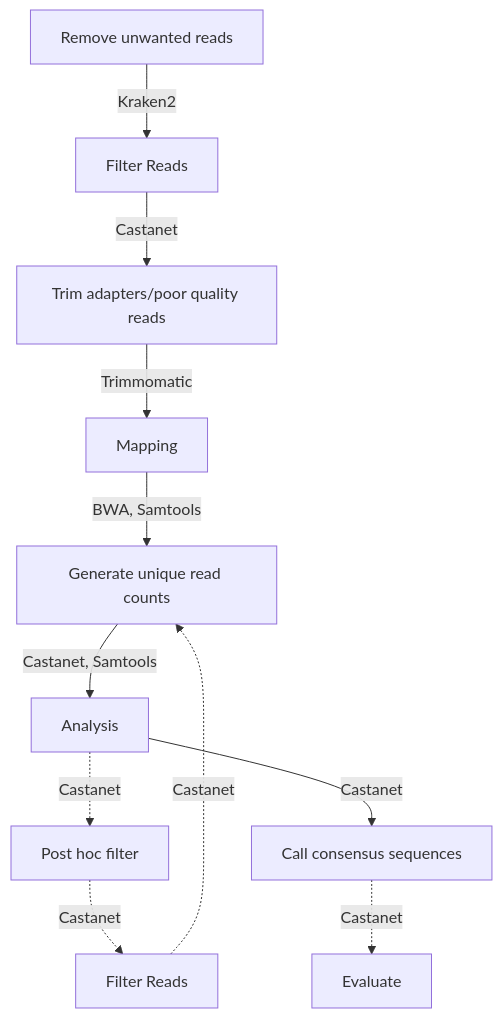
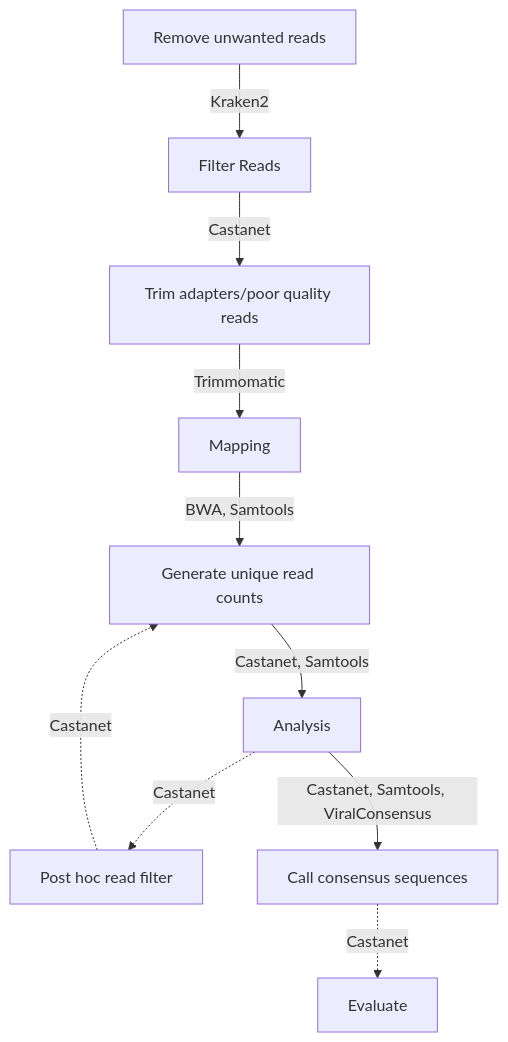
One commit to MultipathogenGenomics/castanet changed the diagram in README.md. Above: the diagram before and after it, drawn with Mermaid.

````diff
--- a/README.md
+++ b/README.md
@@ -21,13 +21,12 @@
 ```mermaid
 flowchart TD
     A[Remove unwanted reads]-->|Kraken2|B[participant Filter Reads]
     B[Filter Reads]-->|Castanet|C[Trim adapters/poor quality reads]
     C[Trim adapters/poor quality reads]-->|Trimmomatic|D[Mapping]
     D[Mapping]-->|BWA, Samtools|E[Generate unique read counts]
     E[Generate unique read counts]-->|Castanet, Samtools|F[Analysis]
     F[Analysis]-.->|Castanet|G[Post hoc filter]
-    F[Analysis]-->|Castanet|I[Call consensus sequences]
+    F[Analysis]-->|Castanet, Samtools, ViralConsensus|I[Call consensus sequences]
     I[Call consensus sequences]-.->|Castanet|J[Evaluate]
-    G[Post hoc filter]-.->|Castanet|H[Filter Reads]
-    H[Filter Reads]-.->|Castanet|E
+    G[Post hoc read filter]-.->|Castanet|E
 ```
````
